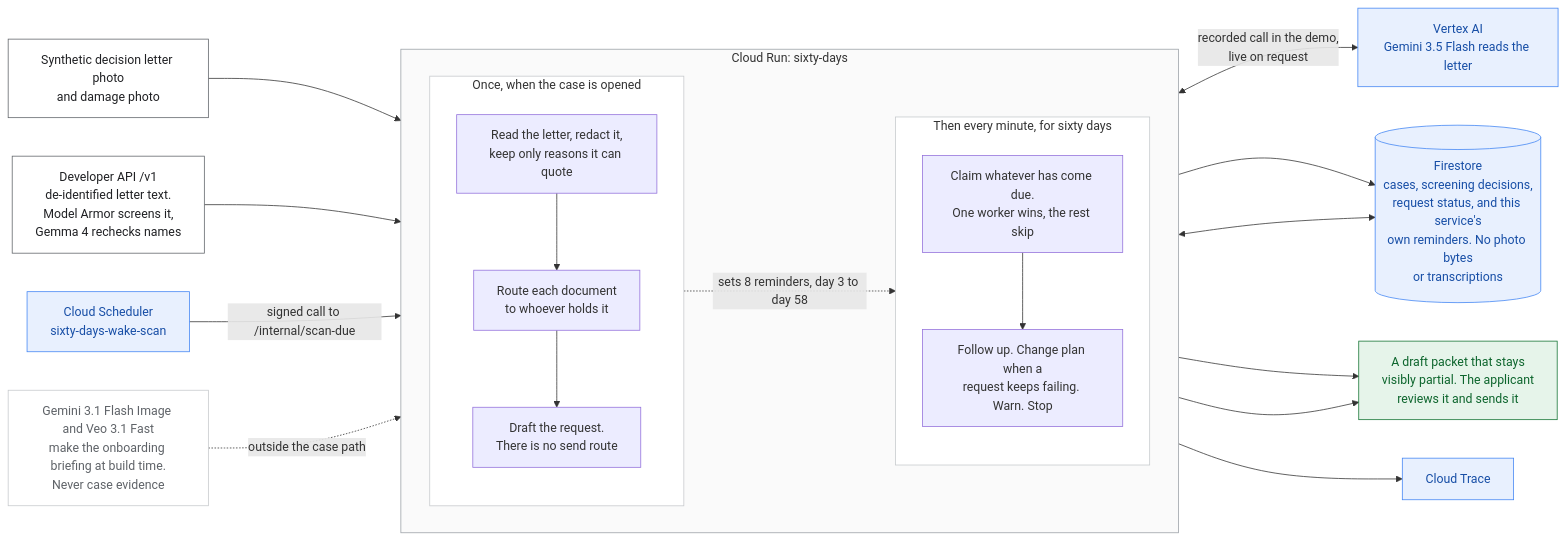
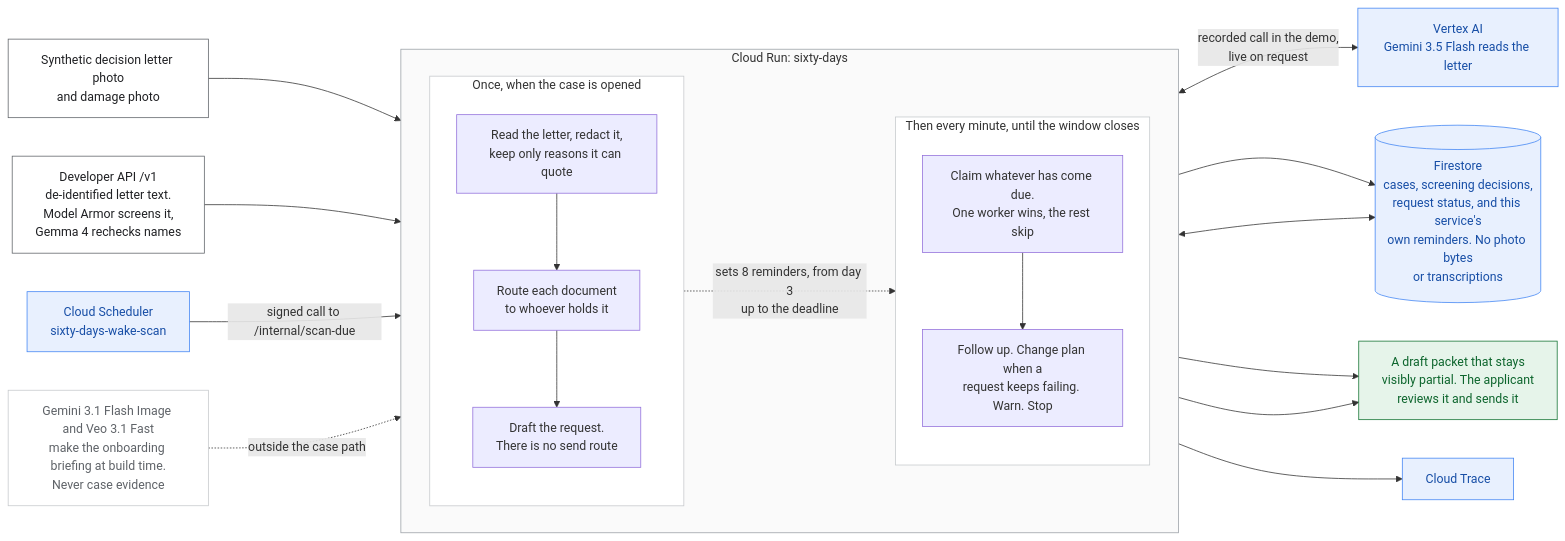
One commit to usv240/sixty-days changed the diagram in docs/architecture.mmd. Above: the diagram before and after it, drawn with Mermaid. The commit also changed 3 other files, not shown here.

First line of the commit message:
Stop the diagram assuming every letter states sixty days

```diff
--- a/docs/architecture.mmd
+++ b/docs/architecture.mmd
@@ -1,54 +1,54 @@
 flowchart LR
     LETTER["Synthetic decision letter photo<br/>and damage photo"]
     DEVAPI["Developer API /v1<br/>de-identified letter text.<br/>Model Armor screens it,<br/>Gemma 4 rechecks names"]
 
     subgraph CR ["Cloud Run: sixty-days"]
         direction LR
 
         subgraph ONCE ["Once, when the case is opened"]
             direction TB
             P1["Read the letter, redact it,<br/>keep only reasons it can quote"]
             P2["Route each document<br/>to whoever holds it"]
             P3["Draft the request.<br/>There is no send route"]
             P1 --> P2 --> P3
         end
 
-        subgraph EVERY ["Then every minute, for sixty days"]
+        subgraph EVERY ["Then every minute, until the window closes"]
             direction TB
             W1["Claim whatever has come due.<br/>One worker wins, the rest skip"]
             W2["Follow up. Change plan when a<br/>request keeps failing. Warn. Stop"]
             W1 --> W2
         end
 
-        P2 -. "sets 8 reminders, day 3 to day 58" .-> W1
+        P2 -. "sets 8 reminders, from day 3<br/>up to the deadline" .-> W1
     end
 
     SCHED["Cloud Scheduler<br/>sixty-days-wake-scan"]
     VERTEX["Vertex AI<br/>Gemini 3.5 Flash reads the letter"]
     STATE[("Firestore<br/>cases, screening decisions,<br/>request status, and this service's<br/>own reminders. No photo bytes<br/>or transcriptions")]
     TRACE["Cloud Trace"]
     MEDIA["Gemini 3.1 Flash Image and Veo 3.1 Fast<br/>make the onboarding briefing at build time.<br/>Never case evidence"]
     DRAFT["A draft packet that stays<br/>visibly partial. The applicant<br/>reviews it and sends it"]
 
     LETTER --> P1
     DEVAPI --> P1
     P1 <-- "recorded call in the demo,<br/>live on request" --> VERTEX
     SCHED -- "signed call to /internal/scan-due" --> W1
     P3 --> STATE
     W1 <--> STATE
     W2 --> DRAFT
     P3 --> DRAFT
     CR --> TRACE
     MEDIA -. "outside the case path" .-> CR
 
     classDef svc fill:#e8f0fe,stroke:#4285f4,color:#174ea6
     classDef out fill:#e6f4ea,stroke:#137333,color:#0d652d
     classDef inp fill:#fff,stroke:#5f6368,color:#202124
     classDef aside fill:#fff,stroke:#c6c9cc,color:#5f6368
     class SCHED,VERTEX,STATE,TRACE svc
     class MEDIA aside
     class DRAFT out
     class LETTER,DEVAPI inp
     style CR fill:#fafafa,stroke:#9aa0a6
     style ONCE fill:#fff,stroke:#c6c9cc
     style EVERY fill:#fff,stroke:#c6c9cc
```
